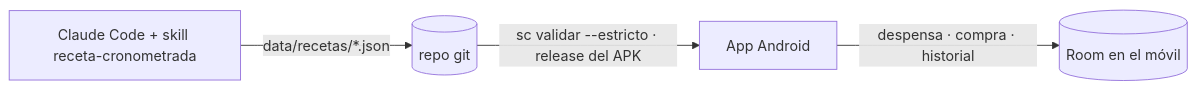
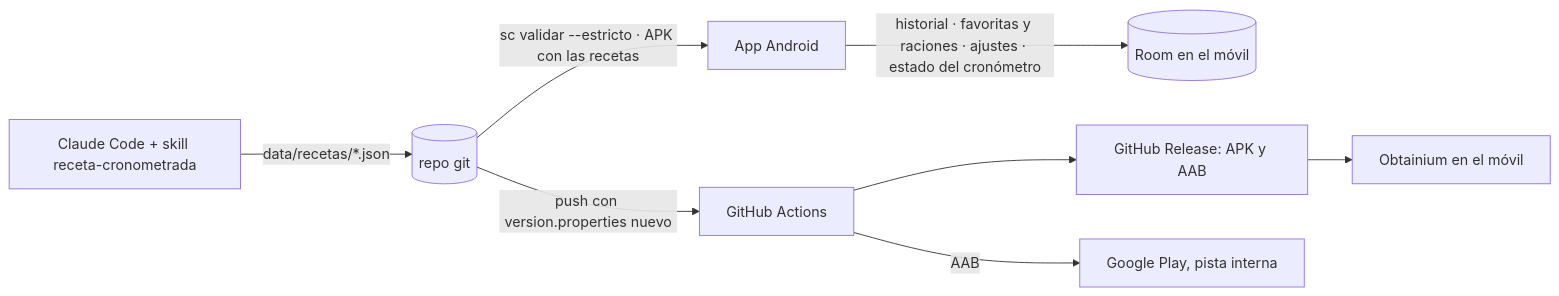
One commit to trombonet12/Sous-Chef changed the diagram in README.md. Above: the diagram before and after it, drawn with Mermaid. The commit also changed other lines of this file, not shown here.

````diff
--- a/README.md
+++ b/README.md
@@ -25,6 +25,10 @@
 ```mermaid
 flowchart LR
   CC[Claude Code + skill receta-cronometrada] -->|data/recetas/*.json| R[(repo git)]
-  R -->|sc validar --estricto · release del APK| A[App Android]
-  A -->|despensa · compra · historial| Room[(Room en el móvil)]
+  R -->|sc validar --estricto · APK con las recetas| A[App Android]
+  A -->|historial · favoritas y raciones · ajustes · estado del cronómetro| Room[(Room en el móvil)]
+  R -->|push con version.properties nuevo| GA[GitHub Actions]
+  GA --> GR[GitHub Release: APK y AAB]
+  GR --> OB[Obtainium en el móvil]
+  GA -->|AAB| GP[Google Play, pista interna]
 ```
````
